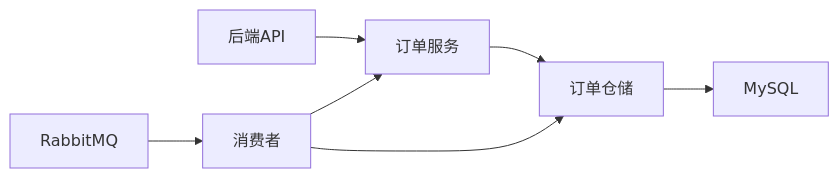
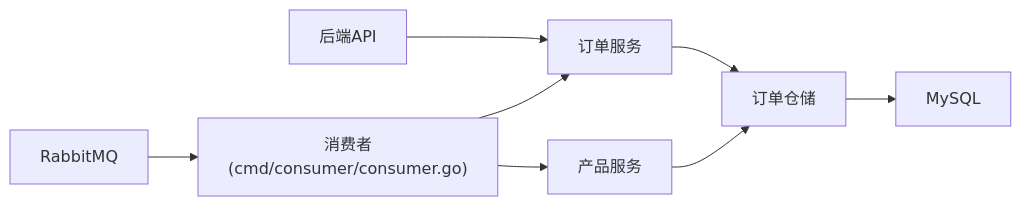
The fifth of 5 diagrams in .qoder/repowiki/zh/content/高并发处理.md (gbtdesign/e-commerce-t), drawn with Mermaid before and after one commit. The commit also changed other lines of this file and 53 other files, not shown here.

````diff
--- a/.qoder/repowiki/zh/content/高并发处理.md
+++ b/.qoder/repowiki/zh/content/高并发处理.md
@@ -232,9 +268,10 @@
 ```mermaid
 graph LR
 API["后端API"] --> Svc["订单服务"]
 Svc --> Repo["订单仓储"]
 Repo --> DB["MySQL"]
-MQ["RabbitMQ"] --> Consumer["消费者"]
+MQ["RabbitMQ"] --> Consumer["消费者(cmd/consumer/consumer.go)"]
 Consumer --> Svc
-Consumer --> Repo
+Consumer --> ProductSvc["产品服务"]
+ProductSvc --> Repo
 ```
````
